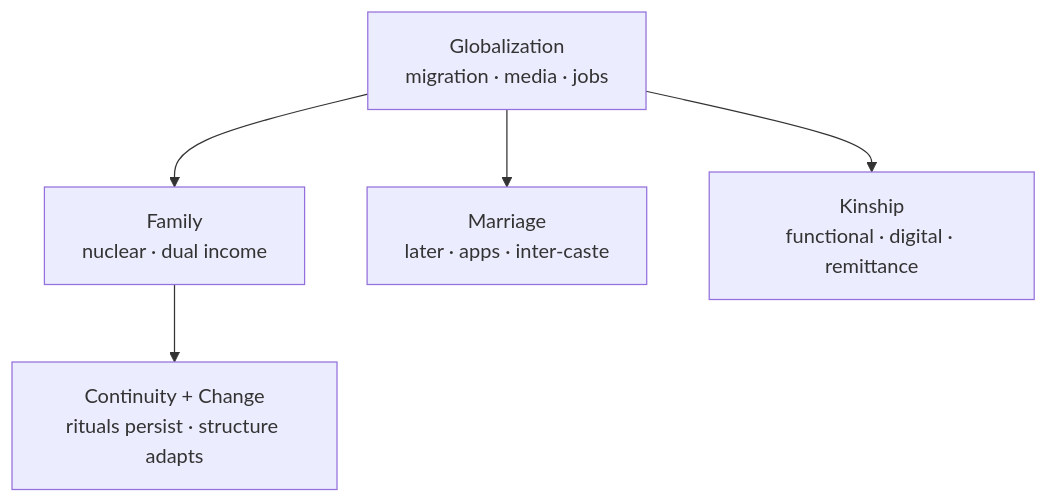
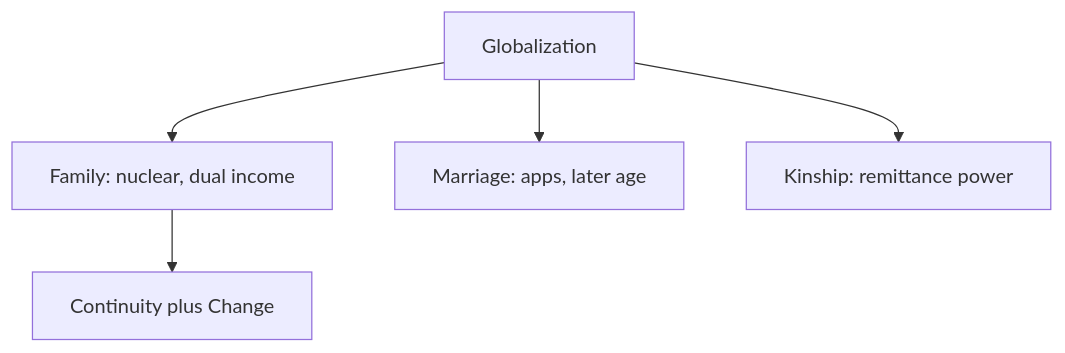
Before and after one commit to nitishpratap/UP-PCS: the diagram in mains-pyqs/GS-1/08_LPG_Globalization/03_Globalization_Social_Institutions.md, drawn with Mermaid. The commit also changed other lines of this file and 97 other files, not shown here.

````diff
--- a/mains-pyqs/GS-1/08_LPG_Globalization/03_Globalization_Social_Institutions.md
+++ b/mains-pyqs/GS-1/08_LPG_Globalization/03_Globalization_Social_Institutions.md
@@ -97,7 +84,7 @@
 ```mermaid
 flowchart TD
-  G[Globalization<br/>migration · media · jobs] --> F[Family<br/>nuclear · dual income]
-  G --> M[Marriage<br/>later · apps · inter-caste]
-  G --> K[Kinship<br/>functional · digital · remittance]
-  F --> C[Continuity + Change<br/>rituals persist · structure adapts]
+  G[Globalization] --> F[Family: nuclear, dual income]
+  G --> M[Marriage: apps, later age]
+  G --> K[Kinship: remittance power]
+  F --> C[Continuity plus Change]
 ```
````
